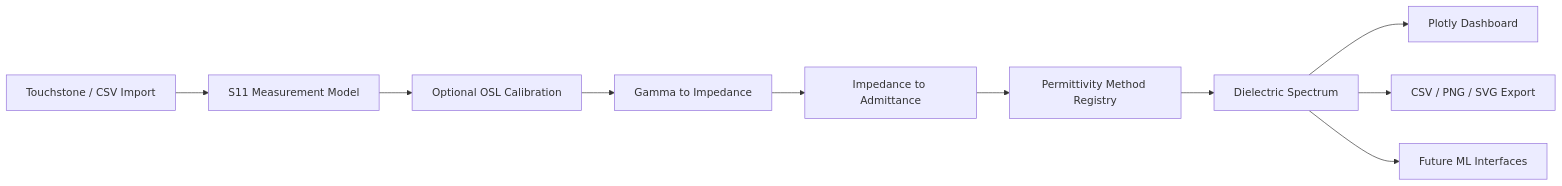
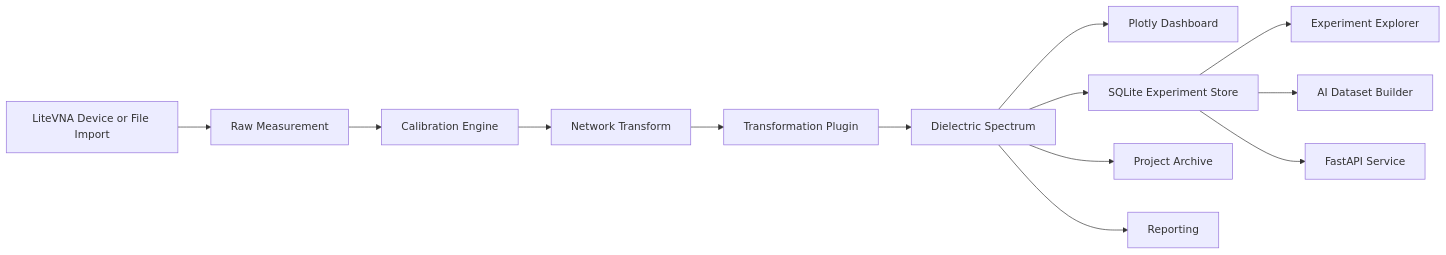
The diagram in docs/architecture.md (DionCroft/LitePerm), drawn with Mermaid before and after one commit. The commit also changed 110 other files, not shown here.

````diff
--- a/docs/architecture.md
+++ b/docs/architecture.md
@@ -3,12 +3,15 @@
 ```mermaid
 flowchart LR
-    A[Touchstone / CSV Import] --> B[S11 Measurement Model]
-    B --> C[Optional OSL Calibration]
-    C --> D[Gamma to Impedance]
-    D --> E[Impedance to Admittance]
-    E --> F[Permittivity Method Registry]
-    F --> G[Dielectric Spectrum]
-    G --> H[Plotly Dashboard]
-    G --> I[CSV / PNG / SVG Export]
-    G --> J[Future ML Interfaces]
+    A[LiteVNA Device or File Import] --> B[Raw Measurement]
+    B --> C[Calibration Engine]
+    C --> D[Network Transform]
+    D --> E[Transformation Plugin]
+    E --> F[Dielectric Spectrum]
+    F --> G[Plotly Dashboard]
+    F --> H[SQLite Experiment Store]
+    F --> I[Project Archive]
+    F --> J[Reporting]
+    H --> K[Experiment Explorer]
+    H --> L[AI Dataset Builder]
+    H --> M[FastAPI Service]
 ```
````
